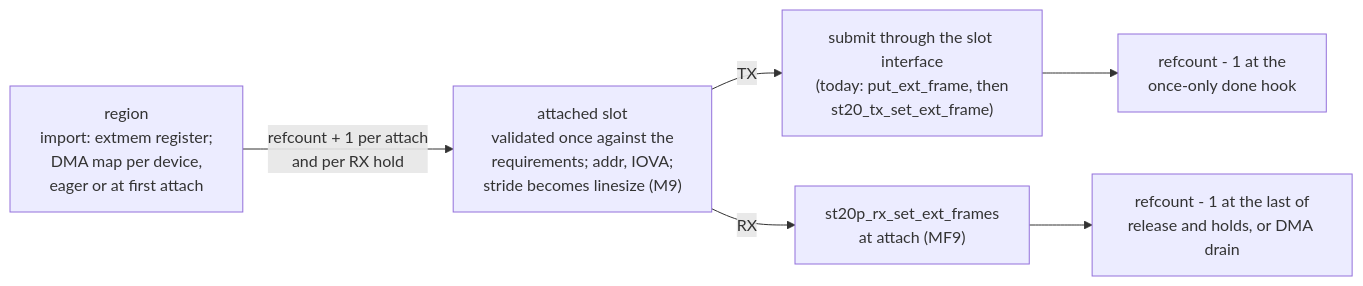
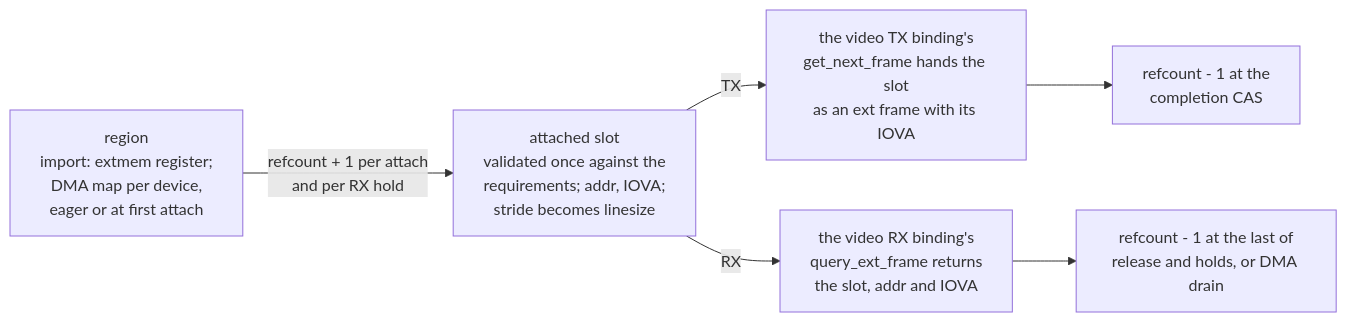
One commit to Sakoram/Media-Transport-Library changed diagram 41 of 56 in doc/unified-api/diagrams.md. Above: the diagram before and after it, drawn with Mermaid. The commit also changed other lines of this file and 56 other files, not shown here.

````diff
--- a/doc/unified-api/diagrams.md
+++ b/doc/unified-api/diagrams.md
@@ -987,8 +1100,8 @@
 ```mermaid
 flowchart LR
-    R["region<br/>import: extmem register;<br/>DMA map per device,<br/>eager or at first attach"] -->|"refcount + 1 per attach<br/>and per RX hold"| S["attached slot<br/>validated once against the<br/>requirements; addr, IOVA;<br/>stride becomes linesize (M9)"]
-    S -->|"TX"| T["submit through the slot interface<br/>(today: put_ext_frame, then<br/>st20_tx_set_ext_frame)"]
-    S -->|"RX"| X["st20p_rx_set_ext_frames<br/>at attach (MF9)"]
-    T --> D["refcount - 1 at the<br/>once-only done hook"]
+    R["region<br/>import: extmem register;<br/>DMA map per device,<br/>eager or at first attach"] -->|"refcount + 1 per attach<br/>and per RX hold"| S["attached slot<br/>validated once against the<br/>requirements; addr, IOVA;<br/>stride becomes linesize"]
+    S -->|"TX"| T["the video TX binding's<br/>get_next_frame hands the slot<br/>as an ext frame with its IOVA"]
+    S -->|"RX"| X["the video RX binding's<br/>query_ext_frame returns<br/>the slot, addr and IOVA"]
+    T --> D["refcount - 1 at the<br/>completion CAS"]
     X --> D2["refcount - 1 at the last of<br/>release and holds, or DMA drain"]
 ```
````
